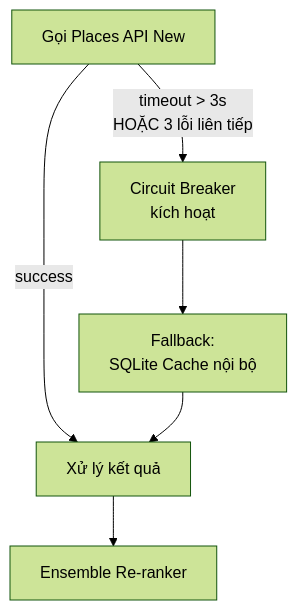
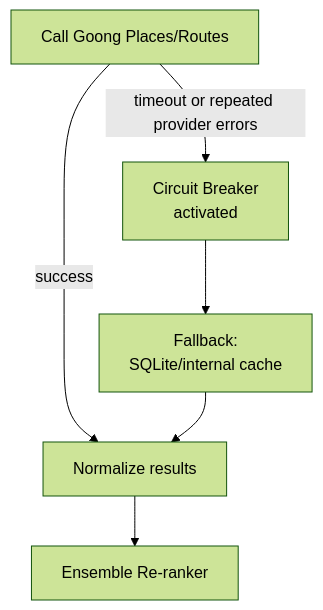
Before and after one commit to thanhnndev/citd-hk1-project: the fourth of 9 diagrams in docs/REQUIREMENTS.md, drawn with Mermaid (forest theme). The commit also changed other lines of this file and 9 other files, not shown here.

````diff
--- a/docs/REQUIREMENTS.md
+++ b/docs/REQUIREMENTS.md
@@ -489,9 +467,11 @@
 ```mermaid
 flowchart TD
-    Call["Gọi Places API New"]
-    Call -->|success| Process["Xử lý kết quả"]
-    Call -->|timeout > 3s\nHOẶC 3 lỗi liên tiếp| CB["Circuit Breaker\nkích hoạt"]
-    CB --> SQLite["Fallback:\nSQLite Cache nội bộ"]
+    Call["Call Goong Places/Routes"]
+    Call -->|success| Process["Normalize results"]
+    Call -->|timeout or repeated provider errors| CB["Circuit Breaker
+activated"]
+    CB --> SQLite["Fallback:
+SQLite/internal cache"]
     SQLite --> Process
     Process --> RR["Ensemble Re-ranker"]
 ```
````
